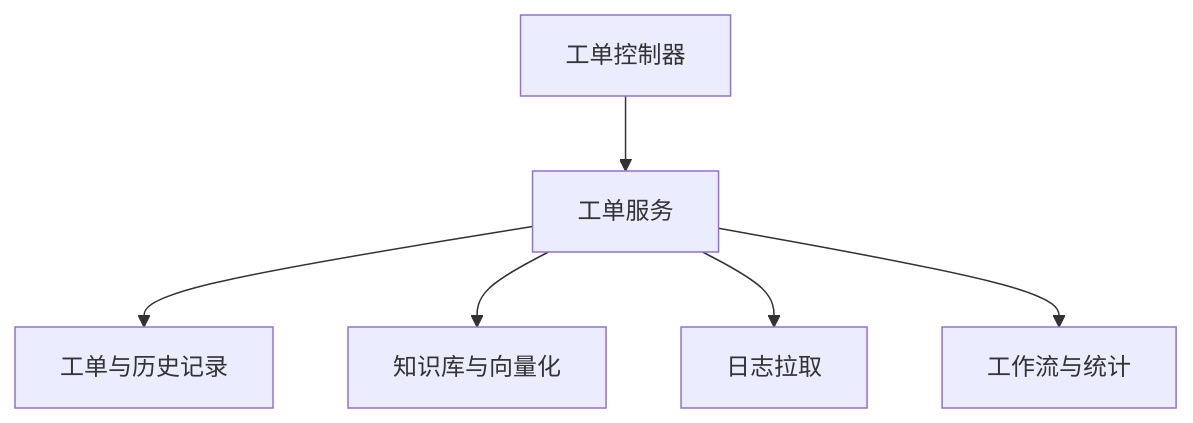
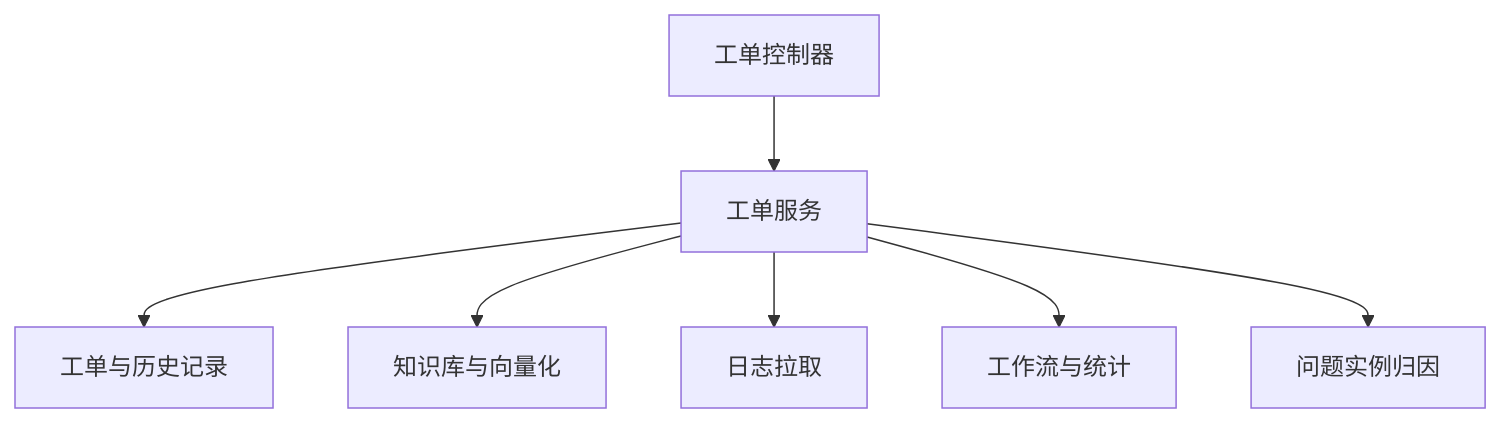
One commit to diaodeng/ApiTestPlatform changed the diagram in wiki/entities/services/ticket-domain.md. Above: the diagram before and after it, drawn with Mermaid. The commit also changed other lines of this file and 22 other files, not shown here.

````diff
--- a/wiki/entities/services/ticket-domain.md
+++ b/wiki/entities/services/ticket-domain.md
@@ -56,8 +59,9 @@
 ```mermaid
 graph TD
   A[工单控制器] --> B[工单服务]
   B --> C[工单与历史记录]
   B --> D[知识库与向量化]
   B --> E[日志拉取]
   B --> F[工作流与统计]
+  B --> G[问题实例归因]
 ```
````
